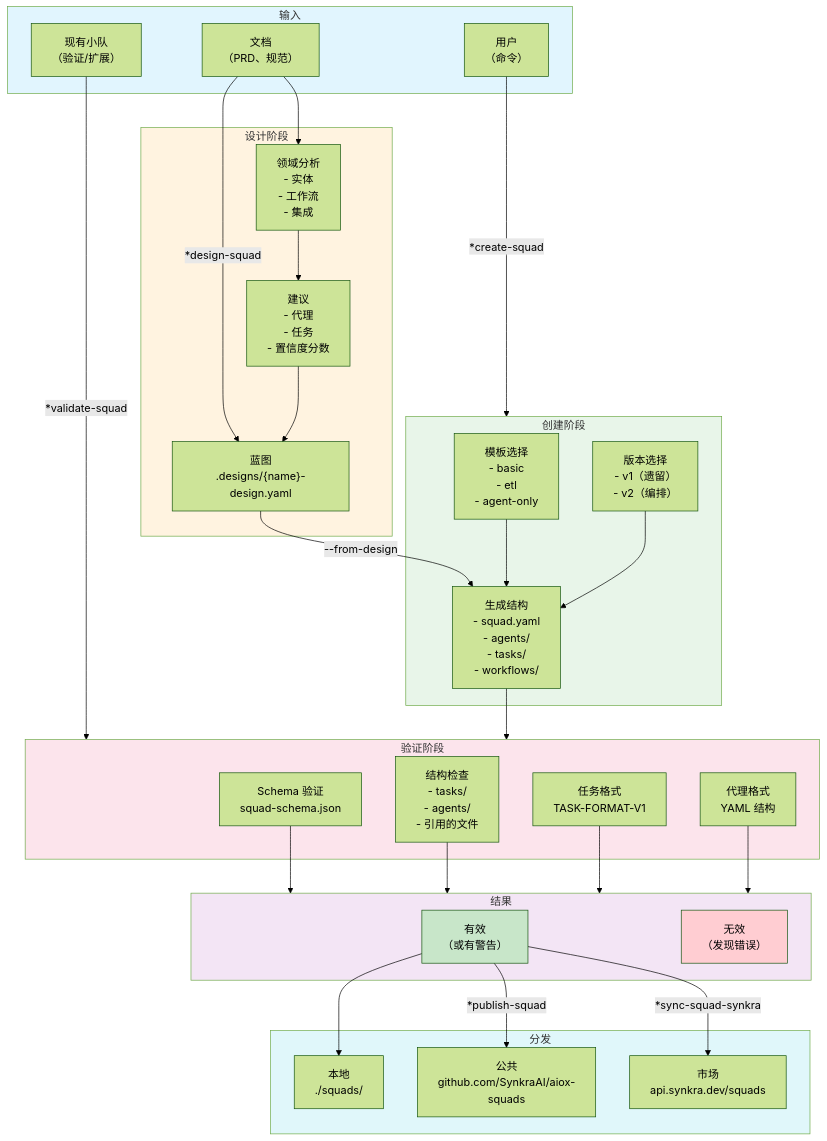
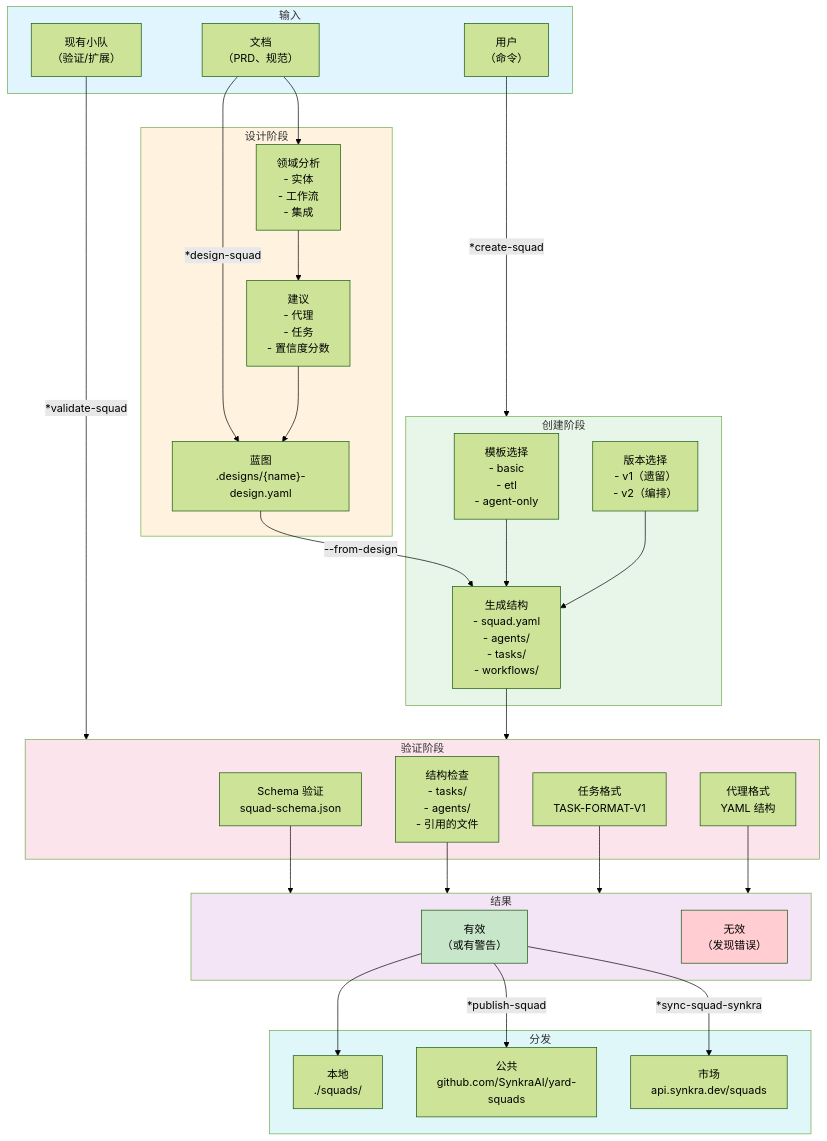
Before and after one commit to ernesto-langa/yard-core: the first of 6 diagrams in docs/zh/aiox-agent-flows/squad-creator-system.md, drawn with Mermaid (forest theme). The commit also changed other lines of this file and 529 other files, not shown here.

````diff
--- a/docs/zh/aiox-agent-flows/squad-creator-system.md
+++ b/docs/zh/aiox-agent-flows/squad-creator-system.md
@@ -113,69 +113,69 @@
 ```mermaid
 flowchart TB
     subgraph INPUTS["输入"]
         DOCS["文档<br/>（PRD、规范）"]
         USER["用户<br/>（命令）"]
         EXISTING["现有小队<br/>（验证/扩展）"]
     end
 
     DOCS -->|"*design-squad"| BLUEPRINT
     USER -->|"*create-squad"| CREATE
     EXISTING -->|"*validate-squad"| VALIDATE
 
     subgraph DESIGN["设计阶段"]
         BLUEPRINT["蓝图<br/>.designs/{name}-design.yaml"]
         ANALYSIS["领域分析<br/>- 实体<br/>- 工作流<br/>- 集成"]
         RECOMMEND["建议<br/>- 代理<br/>- 任务<br/>- 置信度分数"]
     end
 
     DOCS --> ANALYSIS
     ANALYSIS --> RECOMMEND
     RECOMMEND --> BLUEPRINT
 
     subgraph CREATE["创建阶段"]
         TEMPLATE["模板选择<br/>- basic<br/>- etl<br/>- agent-only"]
         VERSION["版本选择<br/>- v1（遗留）<br/>- v2（编排）"]
         GENERATE["生成结构<br/>- squad.yaml<br/>- agents/<br/>- tasks/<br/>- workflows/"]
     end
 
     BLUEPRINT -->|"--from-design"| GENERATE
     TEMPLATE --> GENERATE
     VERSION --> GENERATE
 
     subgraph VALIDATE["验证阶段"]
         SCHEMA["Schema 验证<br/>squad-schema.json"]
         STRUCTURE["结构检查<br/>- tasks/<br/>- agents/<br/>- 引用的文件"]
         TASK_FMT["任务格式<br/>TASK-FORMAT-V1"]
         AGENT_FMT["代理格式<br/>YAML 结构"]
     end
 
     GENERATE --> VALIDATE
     SCHEMA --> RESULT
     STRUCTURE --> RESULT
     TASK_FMT --> RESULT
     AGENT_FMT --> RESULT
 
     subgraph RESULT["结果"]
         VALID["有效<br/>（或有警告）"]
         INVALID["无效<br/>（发现错误）"]
     end
 
     subgraph DISTRIBUTE["分发"]
         LOCAL["本地<br/>./squads/"]
-        PUBLIC["公共<br/>github.com/SynkraAI/aiox-squads"]
+        PUBLIC["公共<br/>github.com/SynkraAI/yard-squads"]
         MARKET["市场<br/>api.synkra.dev/squads"]
     end
 
     VALID --> LOCAL
     VALID -->|"*publish-squad"| PUBLIC
     VALID -->|"*sync-squad-synkra"| MARKET
 
     style INPUTS fill:#e1f5fe
     style DESIGN fill:#fff3e0
     style CREATE fill:#e8f5e9
     style VALIDATE fill:#fce4ec
     style RESULT fill:#f3e5f5
     style DISTRIBUTE fill:#e0f7fa
     style VALID fill:#c8e6c9
     style INVALID fill:#ffcdd2
 ```
````
